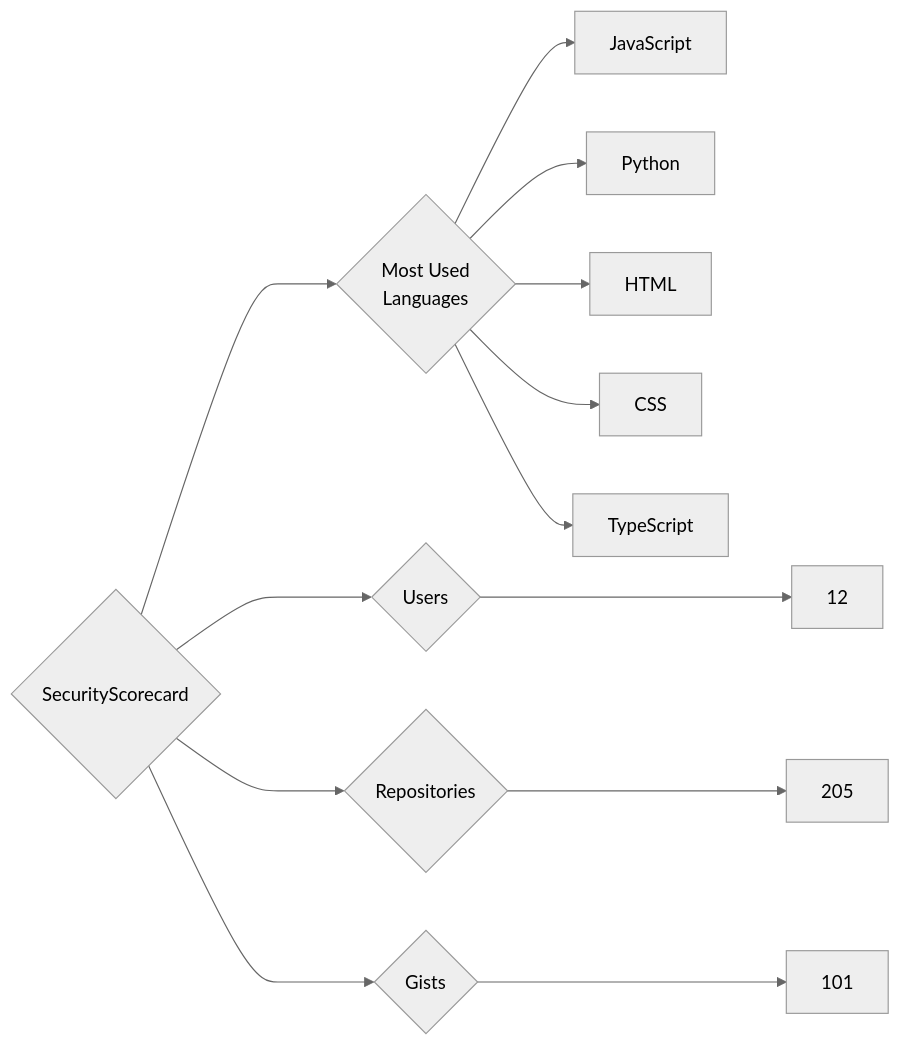
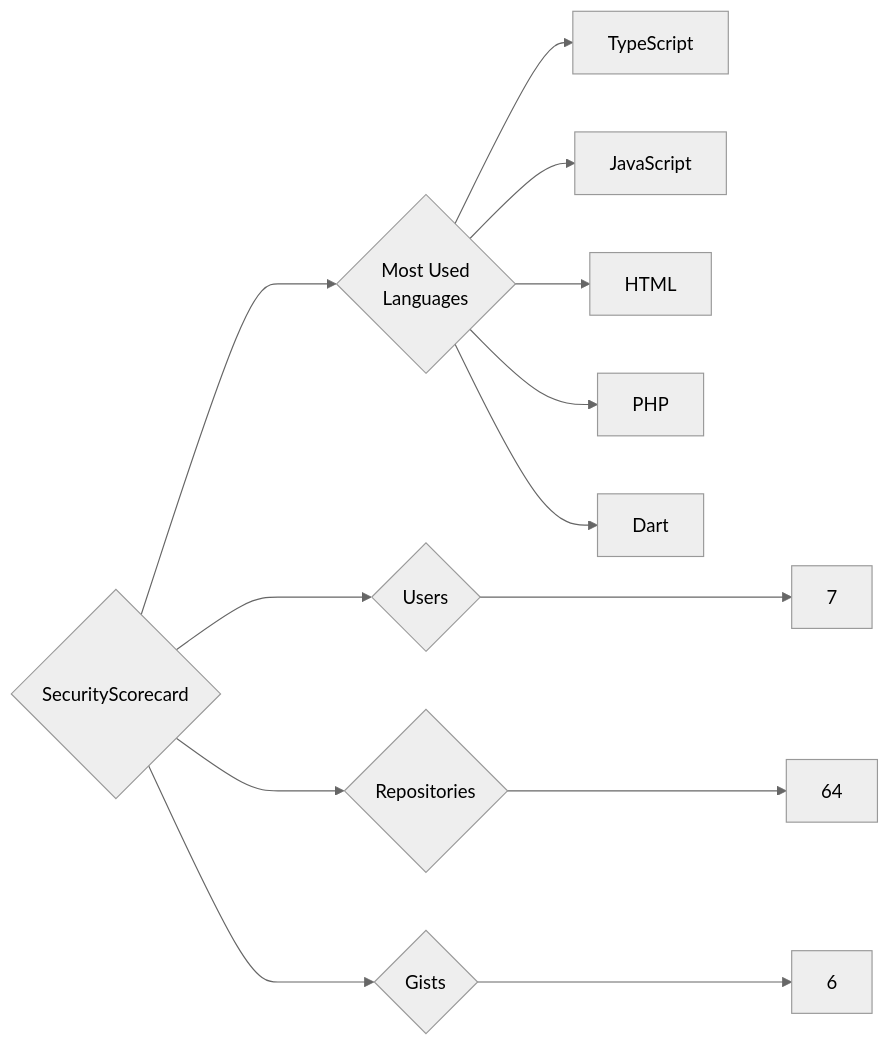
The diagram in targets/SecurityScorecard/README.md (trickest/insiders), drawn with Mermaid (neutral theme) before and after one commit. The commit also changed 582 other files, not shown here.

````diff
--- a/targets/SecurityScorecard/README.md
+++ b/targets/SecurityScorecard/README.md
@@ -3,13 +3,13 @@
 ```mermaid
 graph LR
 COMPANY_NAME{SecurityScorecard}
-COMPANY_NAME ---> U{Users} ---> UN[12]
-COMPANY_NAME ---> R{Repositories} ---> RN[205]
-COMPANY_NAME ---> G{Gists} ---> GN[101]
+COMPANY_NAME ---> U{Users} ---> UN[7]
+COMPANY_NAME ---> R{Repositories} ---> RN[64]
+COMPANY_NAME ---> G{Gists} ---> GN[6]
 COMPANY_NAME ---> ML{Most Used<br>Languages}
+ML --> TypeScript[TypeScript]
 ML --> JavaScript[JavaScript]
-ML --> Python[Python]
 ML --> HTML[HTML]
-ML --> CSS[CSS]
-ML --> TypeScript[TypeScript]
+ML --> PHP[PHP]
+ML --> Dart[Dart]
 ```
````
